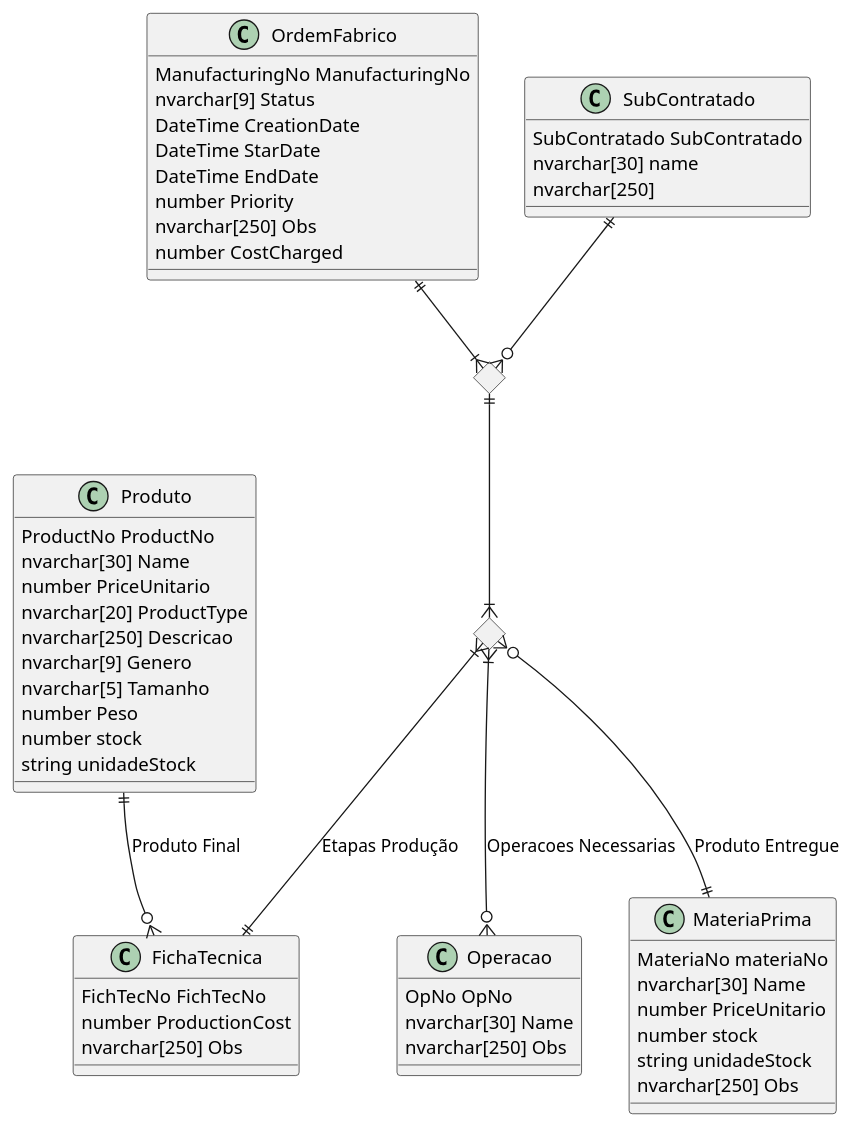
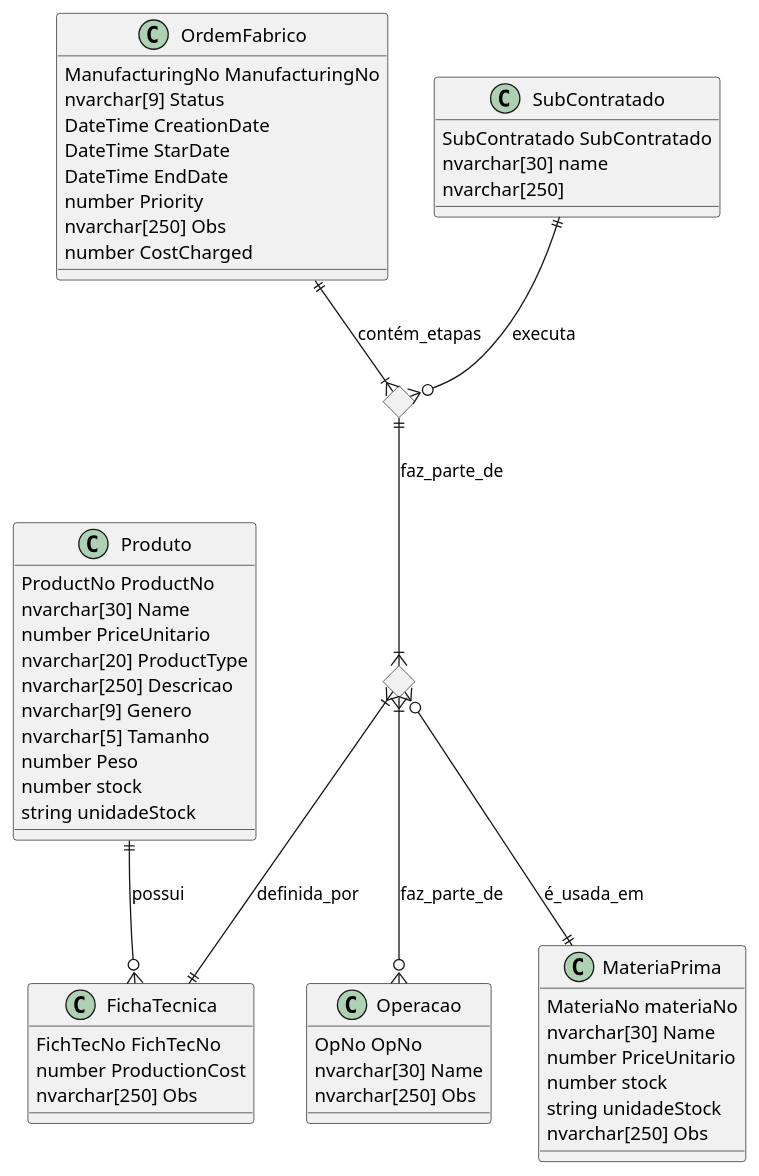
One commit to Arturito2005/TrabalhoBD changed the diagram in Concetual/TabelasAtributos/AtributoNovos.plantuml. Above: the diagram before and after it, drawn with PlantUML.

```diff
--- a/Concetual/TabelasAtributos/AtributoNovos.plantuml
+++ b/Concetual/TabelasAtributos/AtributoNovos.plantuml
@@ -1,76 +1,76 @@
 @startuml tableBD
 
 
 class OrdemFabrico {
     ManufacturingNo ManufacturingNo
     nvarchar[9] Status 
     DateTime CreationDate
     DateTime StarDate
     DateTime EndDate
     number Priority
     nvarchar[250] Obs
     number CostCharged
 }   
 
 class Produto {
     ProductNo ProductNo
     nvarchar[30] Name 
     number PriceUnitario 
     nvarchar[20] ProductType
     nvarchar[250] Descricao
     nvarchar[9] Genero
     nvarchar[5] Tamanho
     number Peso
     number stock 
     string unidadeStock
 }
 
 class MateriaPrima {
     MateriaNo materiaNo
     nvarchar[30] Name
     number PriceUnitario
     number stock 
     string unidadeStock
     nvarchar[250] Obs
 }
 
 class FichaTecnica {
     FichTecNo FichTecNo 
     number ProductionCost 
     nvarchar[250] Obs
 }
 
 class Operacao {
     OpNo OpNo
     nvarchar[30] Name 
     nvarchar[250] Obs
 }
 
 class SubContratado {
     SubContratado SubContratado
     nvarchar[30] name
     nvarchar[250]
 }
 
 <> EtapaProducao
 
 <> EtapasOrdem
 
 /'
 Relacionamento Etapa Producao
 '/
-EtapaProducao }|--|| FichaTecnica: Etapas Produção
-EtapaProducao }|--o{ Operacao: Operacoes Necessarias
-EtapaProducao }o--|| MateriaPrima: Produto Entregue
+EtapaProducao }|--|| FichaTecnica: definida_por
+EtapaProducao }|--o{ Operacao: faz_parte_de
+EtapaProducao }o--|| MateriaPrima: é_usada_em
 
-SubContratado ||--o{ EtapasOrdem
-EtapasOrdem ||--|{ EtapaProducao
-OrdemFabrico ||--|{ EtapasOrdem
+SubContratado ||--o{ EtapasOrdem: executa
+EtapasOrdem ||--|{ EtapaProducao: faz_parte_de
+OrdemFabrico ||--|{ EtapasOrdem: contém_etapas
 
 /'
 Relacionamentos do Produto
 '/
-Produto ||--o{ FichaTecnica: Produto Final
+Produto ||--o{ FichaTecnica: possui
 
 
 @enduml
```
